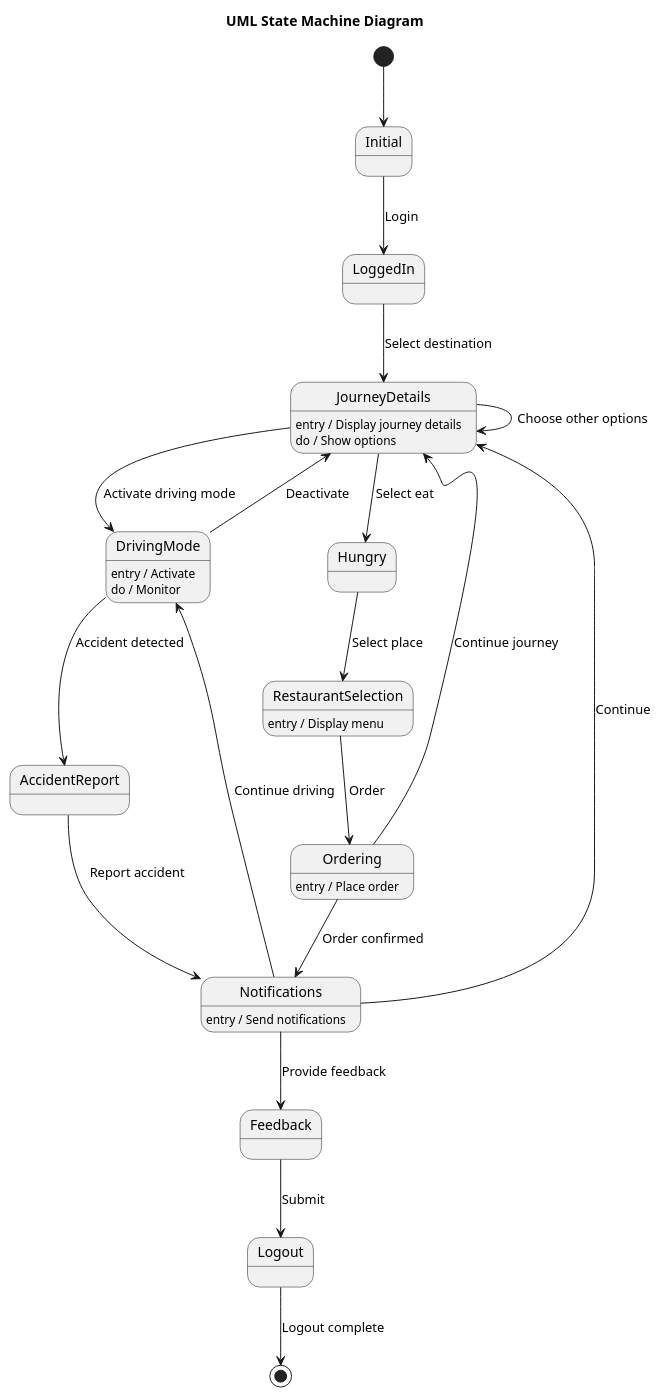
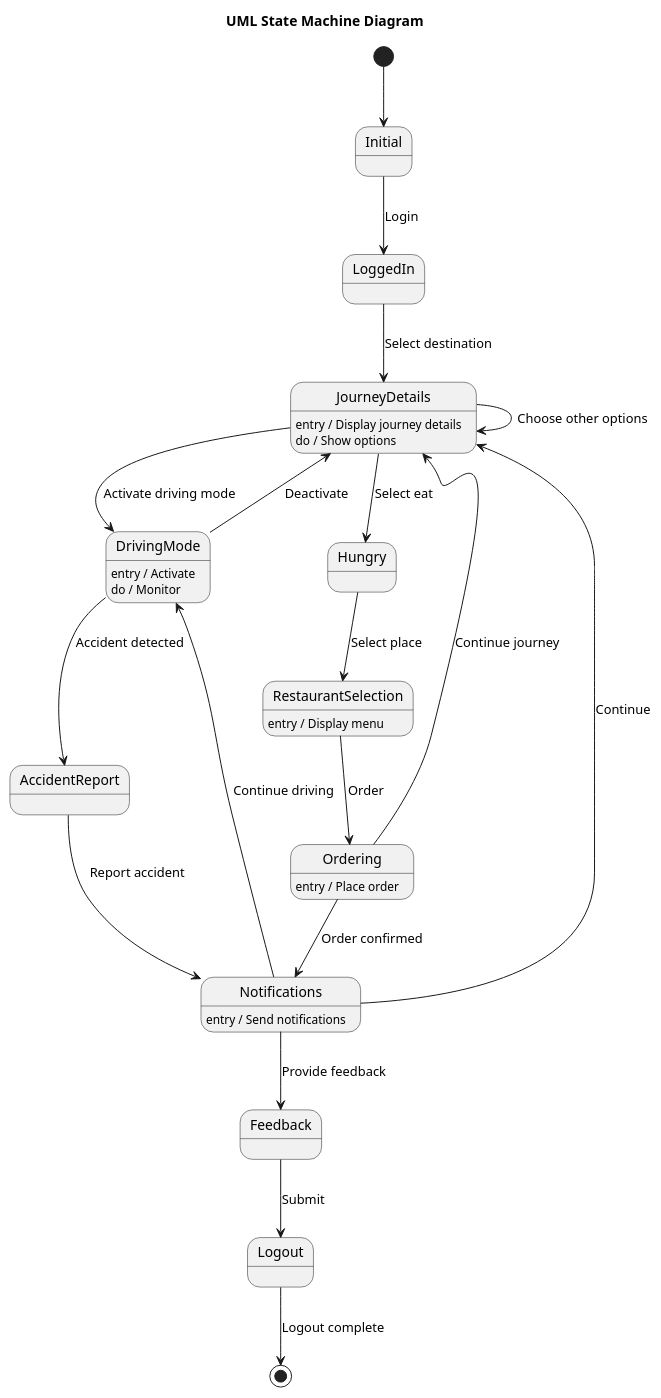
One commit to maimunafaria/State_transition_Diagram_generated_by_LLM changed the diagram in results/plantuml_pipeline/runs/open_source__deepseek_r1_14b__few_shot_validation_generator_critic_repair__syntax_grounded/case_34_green_rides/run_01.repair_01.puml. Above: the diagram before and after it, drawn with PlantUML. The commit also changed other lines of this file and 349 other files, not shown here.

```diff
--- a/results/plantuml_pipeline/runs/open_source__deepseek_r1_14b__few_shot_validation_generator_critic_repair__syntax_grounded/case_34_green_rides/run_01.repair_01.puml
+++ b/results/plantuml_pipeline/runs/open_source__deepseek_r1_14b__few_shot_validation_generator_critic_repair__syntax_grounded/case_34_green_rides/run_01.repair_01.puml
@@ -1,52 +1,52 @@
 @startuml
 title UML State Machine Diagram
+
+[*] --> Initial
 
 state Initial
 state LoggedIn
 state JourneyDetails
 state DrivingMode
 state Hungry
 state RestaurantSelection
 state Ordering
 state AccidentReport
 state Notifications
 state Feedback
 state Logout
-
-[*] --> Initial
 
 Initial --> LoggedIn : Login
 
 LoggedIn --> JourneyDetails : Select destination
 
 JourneyDetails : entry / Display journey details
 JourneyDetails : do / Show options
 JourneyDetails --> DrivingMode : Activate driving mode
 JourneyDetails --> JourneyDetails : Choose other options
 JourneyDetails --> Hungry : Select eat
 
 DrivingMode : entry / Activate
 DrivingMode : do / Monitor
 DrivingMode --> JourneyDetails : Deactivate
 DrivingMode --> AccidentReport : Accident detected
 
 Hungry --> RestaurantSelection : Select place
 
 RestaurantSelection : entry / Display menu
 RestaurantSelection --> Ordering : Order
 
 Ordering : entry / Place order
 Ordering --> JourneyDetails : Continue journey
 Ordering --> Notifications : Order confirmed
 
 AccidentReport --> Notifications : Report accident
 
 Notifications : entry / Send notifications
 Notifications --> JourneyDetails : Continue
 Notifications --> DrivingMode : Continue driving
 Notifications --> Feedback : Provide feedback
 
 Feedback --> Logout : Submit
 
 Logout --> [*] : Logout complete
 @enduml
```
